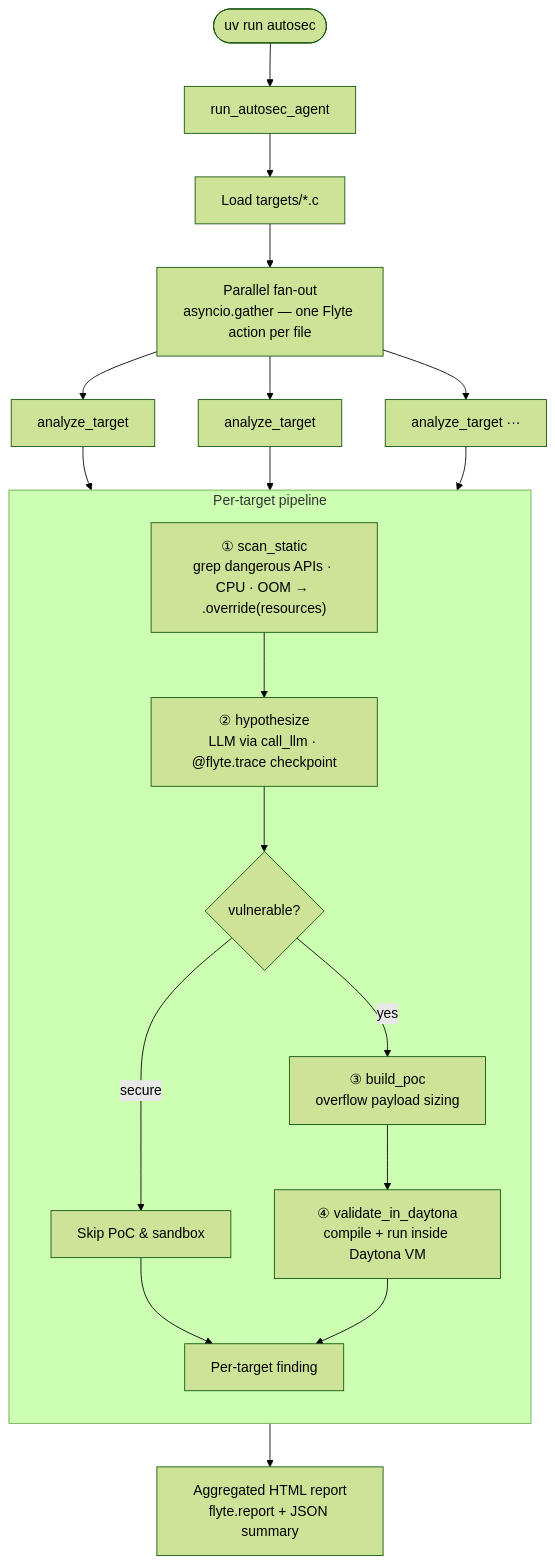
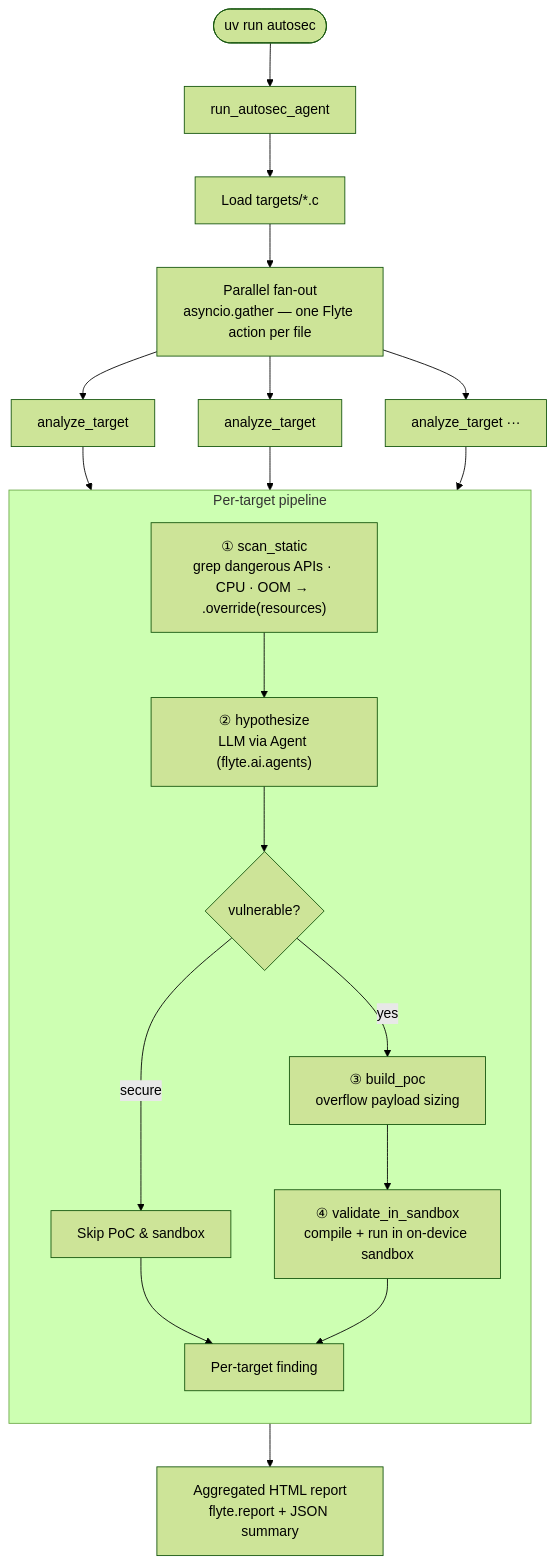
Before and after one commit to flyteorg/flyte-sdk: the diagram in examples/agents/autosec/README.md, drawn with Mermaid (forest theme). The commit also changed other lines of this file and 3 other files, not shown here.

Commit message:
replace daytona to unionai sandbox

````diff
--- a/examples/agents/autosec/README.md
+++ b/examples/agents/autosec/README.md
@@ -19,28 +19,28 @@
 ```mermaid
 flowchart TB
   cli(["uv run autosec"]) --> main["run_autosec_agent"]
   main --> load["Load targets/*.c"]
   load --> fan["Parallel fan-out<br/>asyncio.gather — one Flyte action per file"]
 
   fan --> a1["analyze_target"]
   fan --> a2["analyze_target"]
   fan --> an["analyze_target ···"]
 
   subgraph perTarget["Per-target pipeline"]
     direction TB
     s1["① scan_static<br/>grep dangerous APIs · CPU · OOM → .override(resources)"]
-    s2["② hypothesize<br/>LLM via call_llm · @flyte.trace checkpoint"]
+    s2["② hypothesize<br/>LLM via Agent (flyte.ai.agents)"]
     gate{vulnerable?}
     s3["③ build_poc<br/>overflow payload sizing"]
-    s4["④ validate_in_daytona<br/>compile + run inside Daytona VM"]
+    s4["④ validate_in_sandbox<br/>compile + run in on-device sandbox"]
     row["Per-target finding"]
 
     s1 --> s2 --> gate
     gate -->|secure| skip["Skip PoC & sandbox"]
     skip --> row
     gate -->|yes| s3 --> s4 --> row
   end
 
   a1 & a2 & an --> s1
   row --> report["Aggregated HTML report<br/>flyte.report + JSON summary"]
 ```
````
